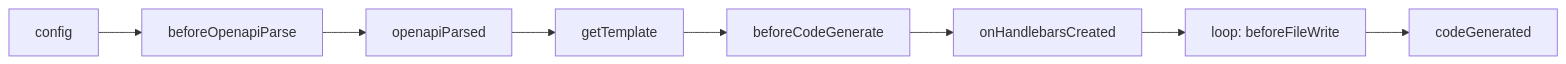
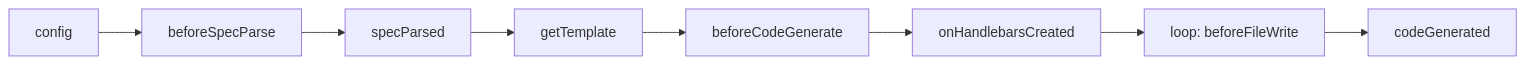
Before and after one commit to alovajs/devtools: the diagram in docs/content/docs/plugin-system/custom-plugin.mdx, drawn with Mermaid. The commit also changed other lines of this file and 28 other files, not shown here.

````diff
--- a/docs/content/docs/plugin-system/custom-plugin.mdx
+++ b/docs/content/docs/plugin-system/custom-plugin.mdx
@@ -20,10 +20,10 @@
 ```mermaid
 flowchart LR
-    A[config] --> B[beforeOpenapiParse]
-    B --> C[openapiParsed]
+    A[config] --> B[beforeSpecParse]
+    B --> C[specParsed]
     C --> D[getTemplate]
     D --> E[beforeCodeGenerate]
     E --> F[onHandlebarsCreated]
     F --> G["loop: beforeFileWrite"]
     G --> H[codeGenerated]
 ```
````
